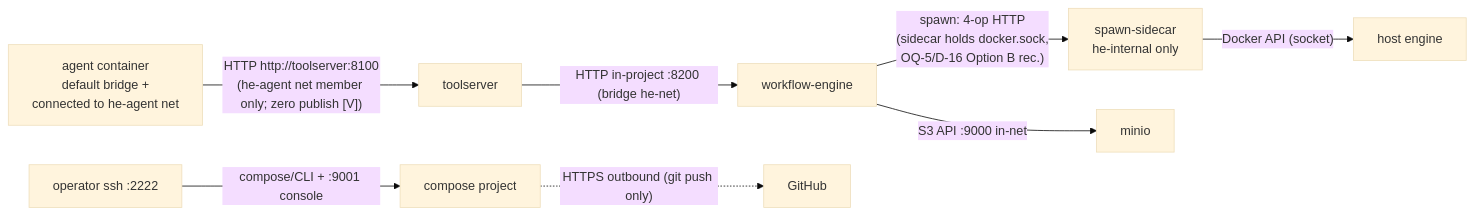
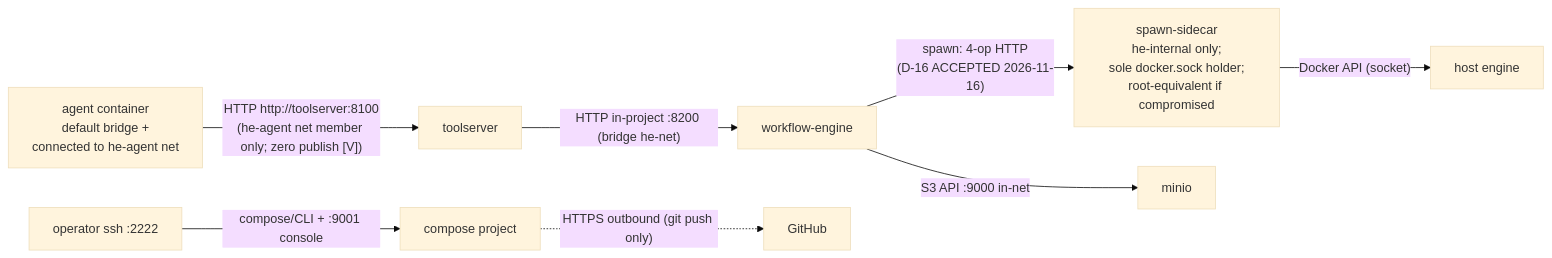
The fourth of 9 diagrams in docs/HE-TOOLSTACK-TECHNICAL-DESIGN.md (jstevenjacobs/HE-toolstack), drawn with Mermaid (base theme) before and after one commit. The commit also changed other lines of this file and 4 other files, not shown here.

````diff
--- a/docs/HE-TOOLSTACK-TECHNICAL-DESIGN.md
+++ b/docs/HE-TOOLSTACK-TECHNICAL-DESIGN.md
@@ -330,9 +337,9 @@
 ```mermaid
 graph LR
     AGENT[agent container<br/>default bridge +<br/>connected to he-agent net] -- "HTTP http://toolserver:8100<br/>(he-agent net member only; zero publish [V])" --> TS[toolserver]
     OPS[operator ssh :2222] -- "compose/CLI + :9001 console" --> STACK[compose project]
     TS -- "HTTP in-project :8200 (bridge he-net)" --> WE[workflow-engine]
-    WE -- "spawn: 4-op HTTP<br/>(sidecar holds docker.sock,<br/>OQ-5/D-16 Option B rec.)" --> SC[spawn-sidecar<br/>he-internal only] -- "Docker API (socket)" --> DE[host engine]
+    WE -- "spawn: 4-op HTTP<br/>(D-16 ACCEPTED 2026-11-16)" --> SC[spawn-sidecar<br/>he-internal only;<br/>sole docker.sock holder;<br/>root-equivalent if compromised] -- "Docker API (socket)" --> DE[host engine]
     WE -- "S3 API :9000 in-net" --> MO[minio]
     STACK -. "HTTPS outbound (git push only)" .-> GH[GitHub]
 ```
````
